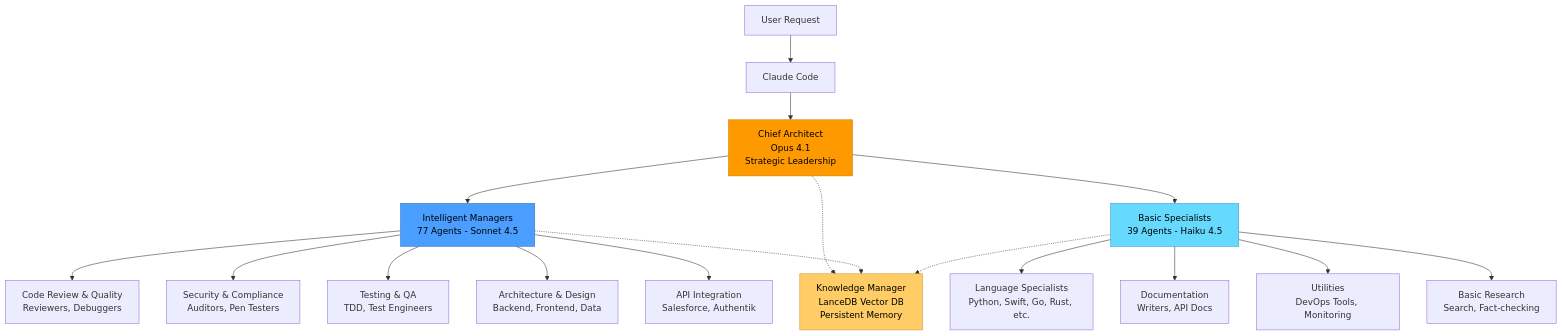
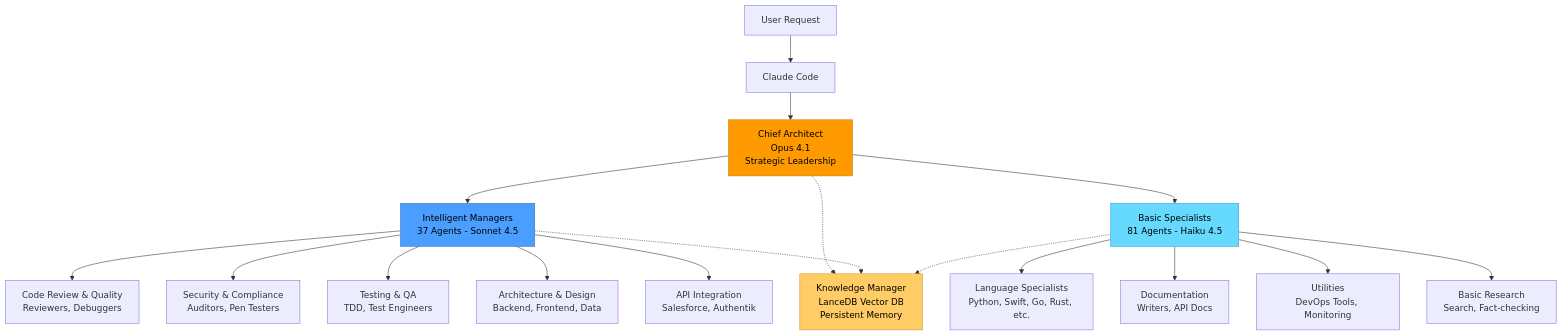
The first of 8 diagrams in docs/ARCHITECTURE_DIAGRAMS.md (visiquate/cco), drawn with Mermaid before and after one commit. The commit also changed other lines of this file and 15 other files, not shown here.

````diff
--- a/docs/ARCHITECTURE_DIAGRAMS.md
+++ b/docs/ARCHITECTURE_DIAGRAMS.md
@@ -23,28 +23,28 @@
 ```mermaid
 graph TD
     User[User Request] --> CC[Claude Code]
     CC --> Arch[Chief Architect<br/>Opus 4.1<br/>Strategic Leadership]
 
-    Arch --> Intelligent[Intelligent Managers<br/>77 Agents - Sonnet 4.5]
-    Arch --> Basic[Basic Specialists<br/>39 Agents - Haiku 4.5]
+    Arch --> Intelligent[Intelligent Managers<br/>37 Agents - Sonnet 4.5]
+    Arch --> Basic[Basic Specialists<br/>81 Agents - Haiku 4.5]
 
     Intelligent --> Reviewers[Code Review & Quality<br/>Reviewers, Debuggers]
     Intelligent --> Security[Security & Compliance<br/>Auditors, Pen Testers]
     Intelligent --> Testing[Testing & QA<br/>TDD, Test Engineers]
     Intelligent --> Architecture[Architecture & Design<br/>Backend, Frontend, Data]
     Intelligent --> Integration[API Integration<br/>Salesforce, Authentik]
 
     Basic --> Coders[Language Specialists<br/>Python, Swift, Go, Rust, etc.]
     Basic --> Docs[Documentation<br/>Writers, API Docs]
     Basic --> Utils[Utilities<br/>DevOps Tools, Monitoring]
     Basic --> Research[Basic Research<br/>Search, Fact-checking]
 
     Arch -.-> KM[Knowledge Manager<br/>LanceDB Vector DB<br/>Persistent Memory]
     Intelligent -.-> KM
     Basic -.-> KM
 
     style Arch fill:#ff9900,stroke:#cc7700,color:#000
     style Intelligent fill:#4a9eff,stroke:#2e6cbb,color:#000
     style Basic fill:#66d9ff,stroke:#3399cc,color:#000
     style KM fill:#ffcc66,stroke:#cc9933,color:#000
 ```
````
